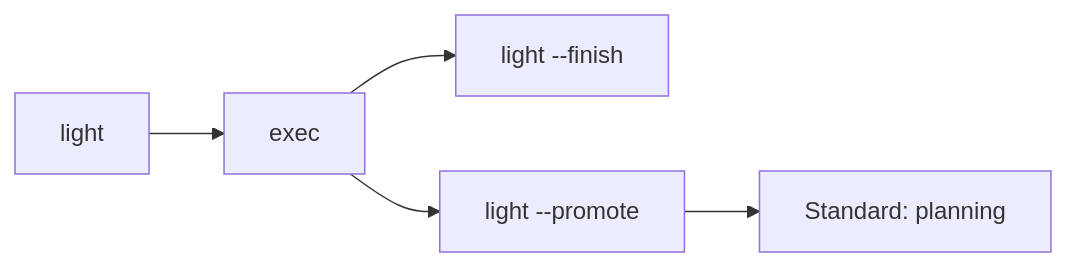
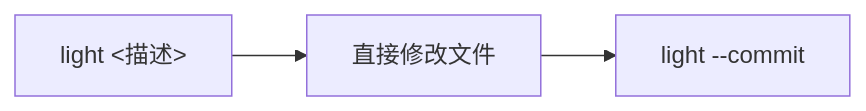
Before and after one commit to huacheng/moonview: the second of 2 diagrams in README_CN.md, drawn with Mermaid. The commit also changed other lines of this file and 11 other files, not shown here.

````diff
--- a/README_CN.md
+++ b/README_CN.md
@@ -114,7 +93,5 @@
 ```mermaid
 graph LR
-    light[light] --> exec_l[exec]
-    exec_l --> finish[light --finish]
-    exec_l --> promote[light --promote]
-    promote --> plan[Standard: planning]
+    light["light &lt;描述&gt;"] --> edit[直接修改文件]
+    edit --> commit["light --commit"]
 ```
````
